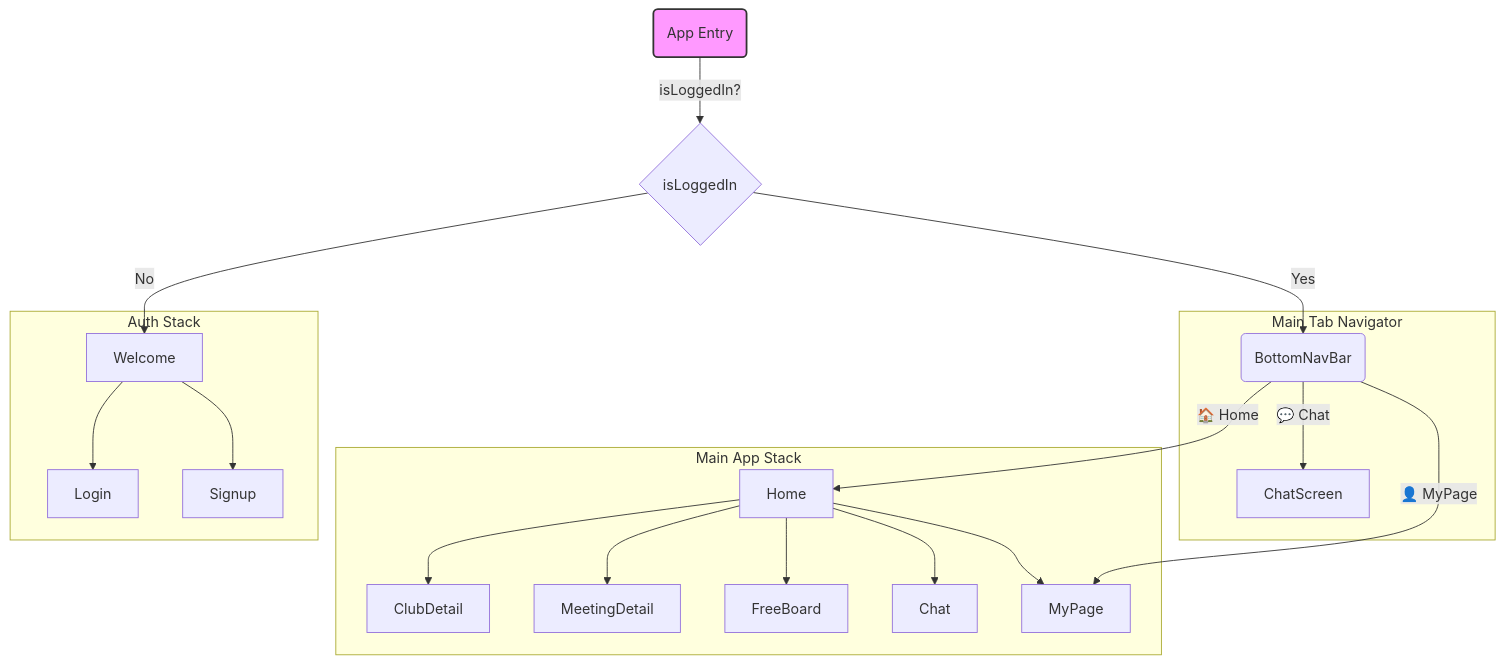
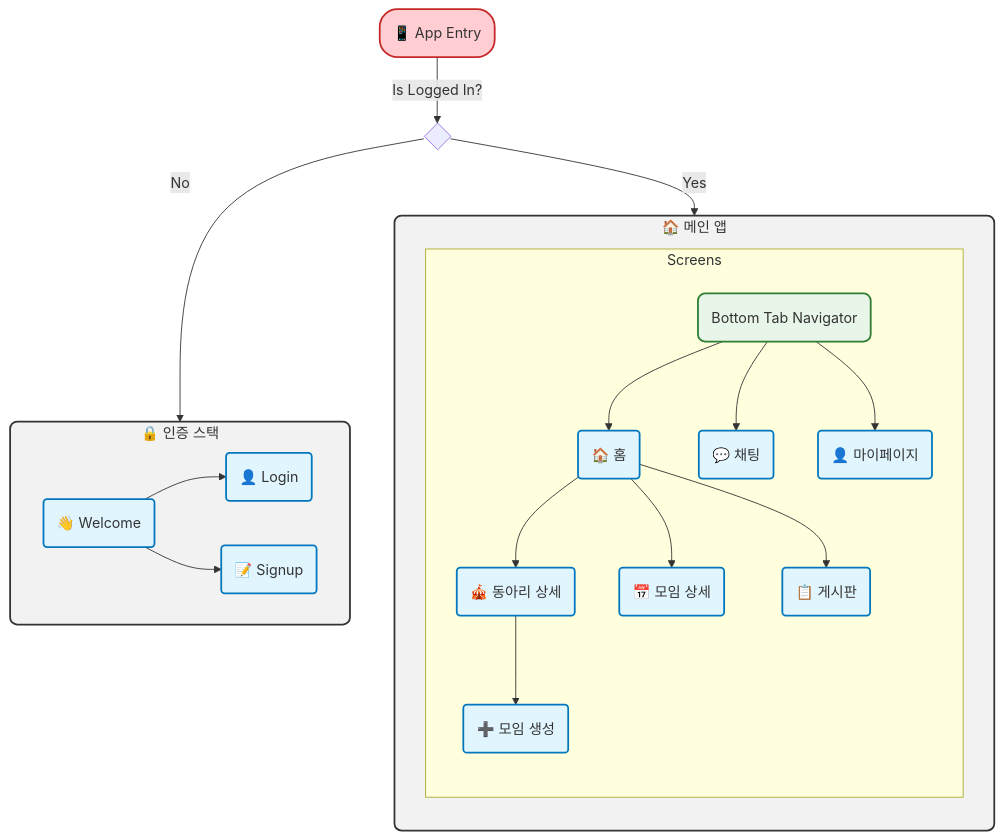
The diagram in README.md (wjdgkr3386/neighbusapp), drawn with Mermaid before and after one commit. The commit also changed other lines of this file, not shown here.

Commit message:
수정
수정

````diff
--- a/README.md
+++ b/README.md
@@ -156,27 +149,45 @@
 ```mermaid
 graph TD
-    subgraph "Auth Stack"
-        Welcome --> Login & Signup
+    %% Define Styles
+    classDef stack fill:#f2f2f2,stroke:#333,stroke-width:2px,rx:8,ry:8;
+    classDef screen fill:#e1f5fe,stroke:#0277bd,stroke-width:2px,rx:4,ry:4;
+    classDef entry fill:#ffcdd2,stroke:#c62828,stroke-width:2px,rx:20,ry:20;
+    classDef tabs fill:#e8f5e9,stroke:#2e7d32,stroke-width:2px,rx:8,ry:8;
+
+    %% Entry Point
+    Start(📱 App Entry) -->|Is Logged In?| IsLoggedIn{<fa:fa-sign-in-alt>};
+    class Start entry;
+
+    IsLoggedIn -- No --> AuthStack;
+    IsLoggedIn -- Yes --> MainStack;
+
+    %% Auth Flow
+    subgraph AuthStack [🔒 인증 스택]
+        direction LR
+        Welcome(👋 Welcome) --> Login(👤 Login);
+        Welcome --> Signup(📝 Signup);
     end
 
-    subgraph "Main App Stack"
-        Home --> ClubDetail
-        Home --> MeetingDetail
-        Home --> FreeBoard
-        Home --> Chat
-        Home --> MyPage
+    %% Main App Flow
+    subgraph MainStack [🏠 메인 앱]
+        direction TD
+        TabNav(Bottom Tab Navigator);
+        
+        subgraph Screens
+            direction TB
+            TabNav --> Home(🏠 홈);
+            TabNav --> Chat(💬 채팅);
+            TabNav --> MyPage(👤 마이페이지);
+
+            Home --> ClubDetail(🎪 동아리 상세);
+            Home --> MeetingDetail(📅 모임 상세);
+            Home --> FreeBoard(📋 게시판);
+            ClubDetail --> CreateMeeting(➕ 모임 생성);
+        end
     end
 
-    Start(App Entry) --> |isLoggedIn?| AuthStack{isLoggedIn}
-    AuthStack -- No --> Welcome
-    AuthStack -- Yes --> MainTab
-
-    subgraph "Main Tab Navigator"
-        MainTab(BottomNavBar)
-        MainTab -- 🏠 Home --> Home
-        MainTab -- 💬 Chat --> ChatScreen
-        MainTab -- 👤 MyPage --> MyPage
-    end
-    
-    style Start fill:#f9f,stroke:#333,stroke-width:2px
+    %% Apply styles
+    class AuthStack,MainStack stack;
+    class Welcome,Login,Signup,Home,Chat,MyPage,ClubDetail,MeetingDetail,FreeBoard,CreateMeeting screen;
+    class TabNav tabs;
 ```
````
